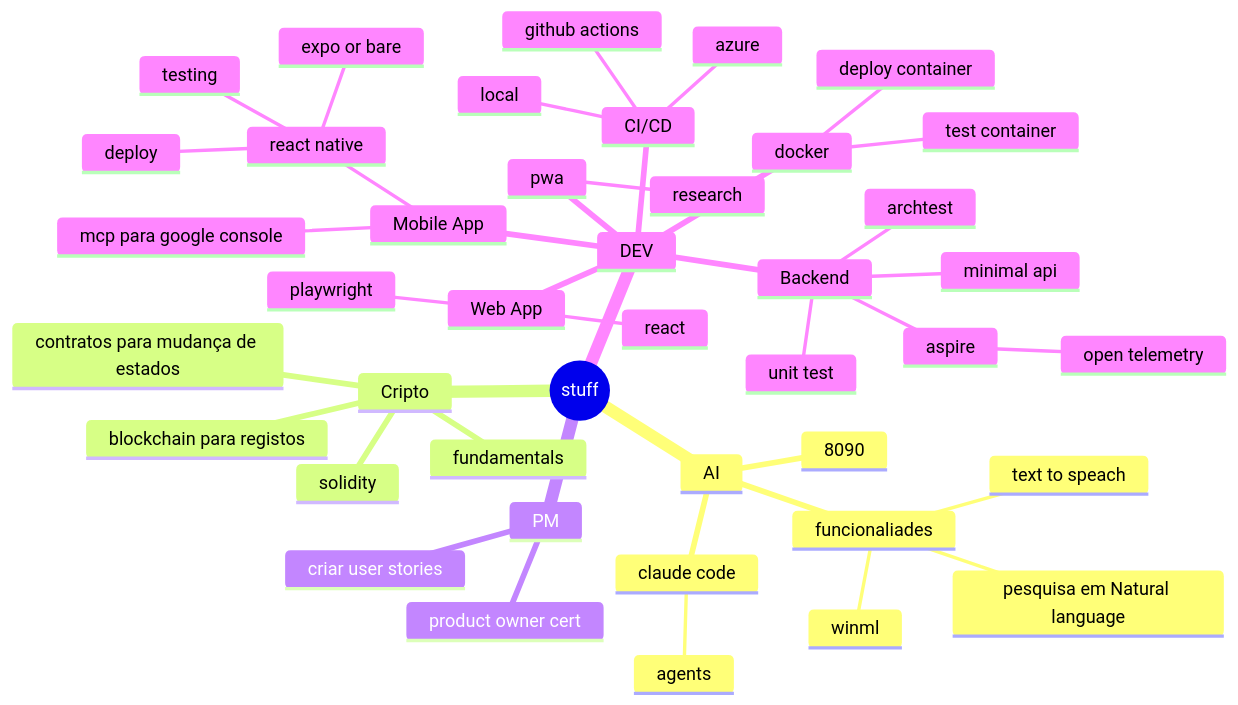
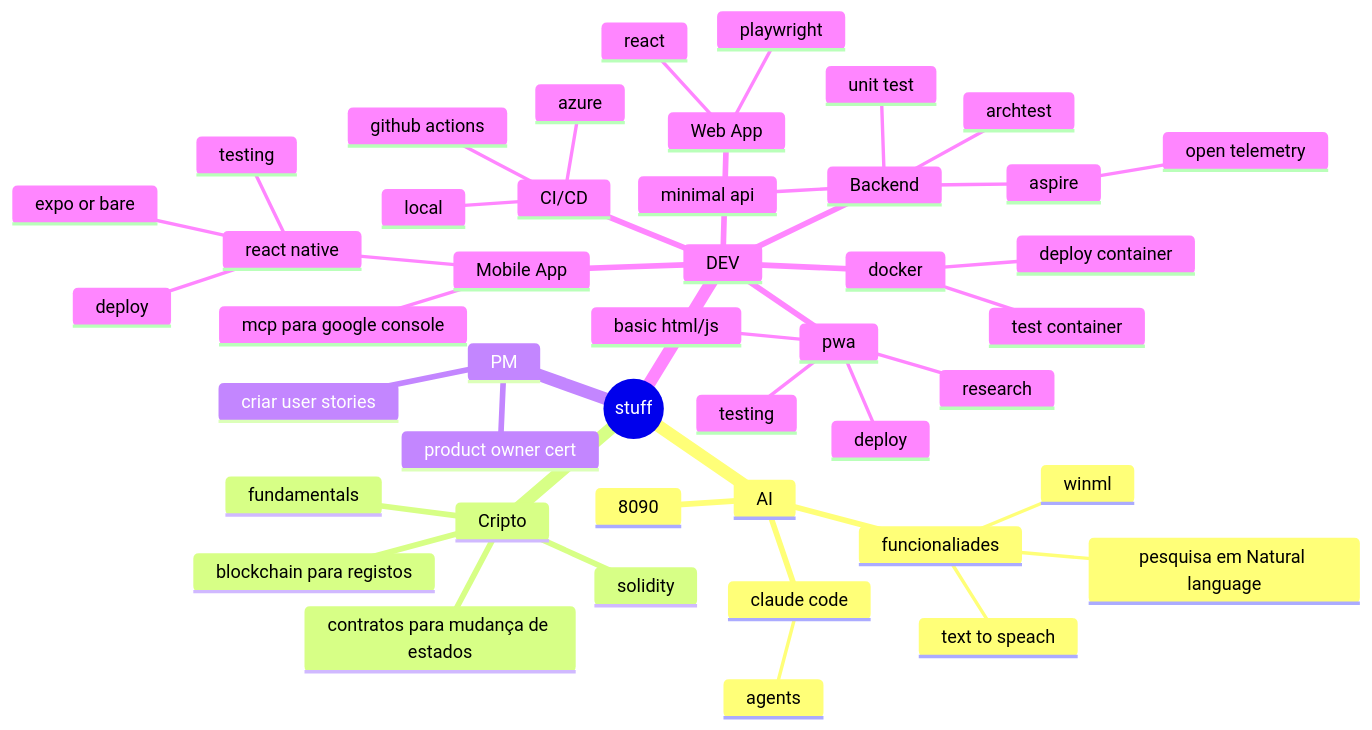
Before and after one commit to vitorsilva/my-mindmap: the diagram in mindmap.mmd, drawn with Mermaid. The commit also changed 2 other files, not shown here.

```diff
--- a/mindmap.mmd
+++ b/mindmap.mmd
@@ -1,43 +1,46 @@
 mindmap
   root((stuff))
     AI
         claude code
             agents
         8090
         funcionaliades
             pesquisa em Natural language
             text to speach
             winml
     Cripto
         fundamentals
         blockchain para registos
         contratos para mudança de estados
         solidity
     PM
         product owner cert
         criar user stories
     DEV
         Mobile App
             react native
                 expo or bare
                 deploy
                 testing
             mcp para google console
         pwa
             research
+            basic html/js
+            deploy
+            testing
         Web App
             react
             playwright
         Backend
             aspire
                 open telemetry
             minimal api
             unit test
             archtest
         CI/CD
             github actions
             local
             azure
         docker
             test container
             deploy container
```
